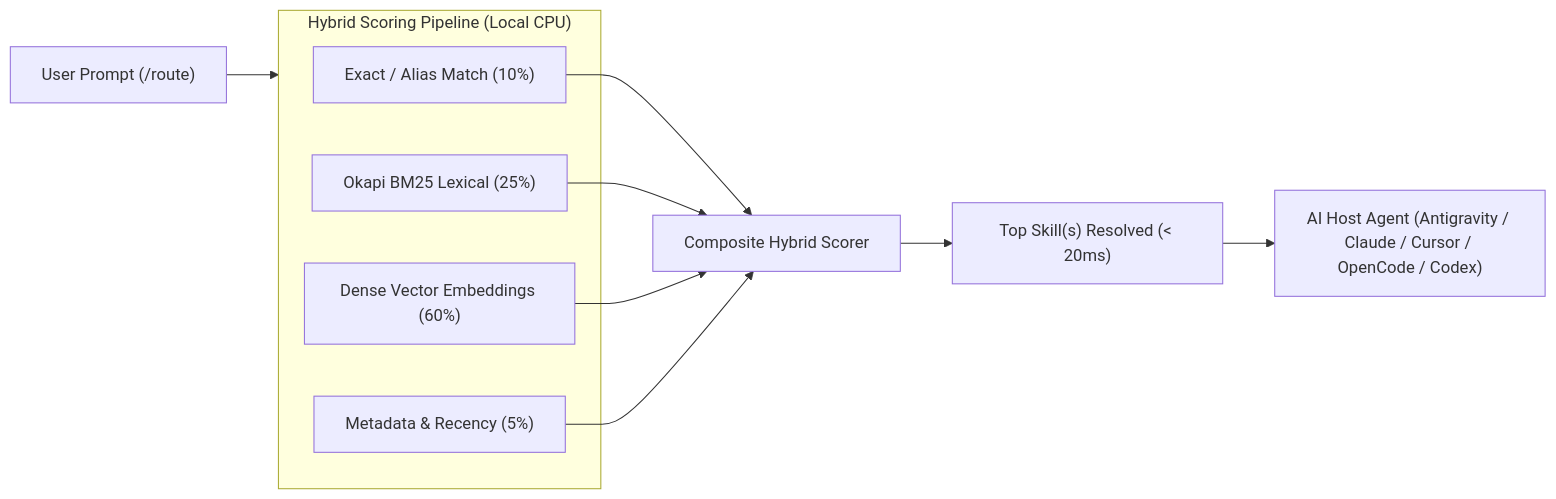
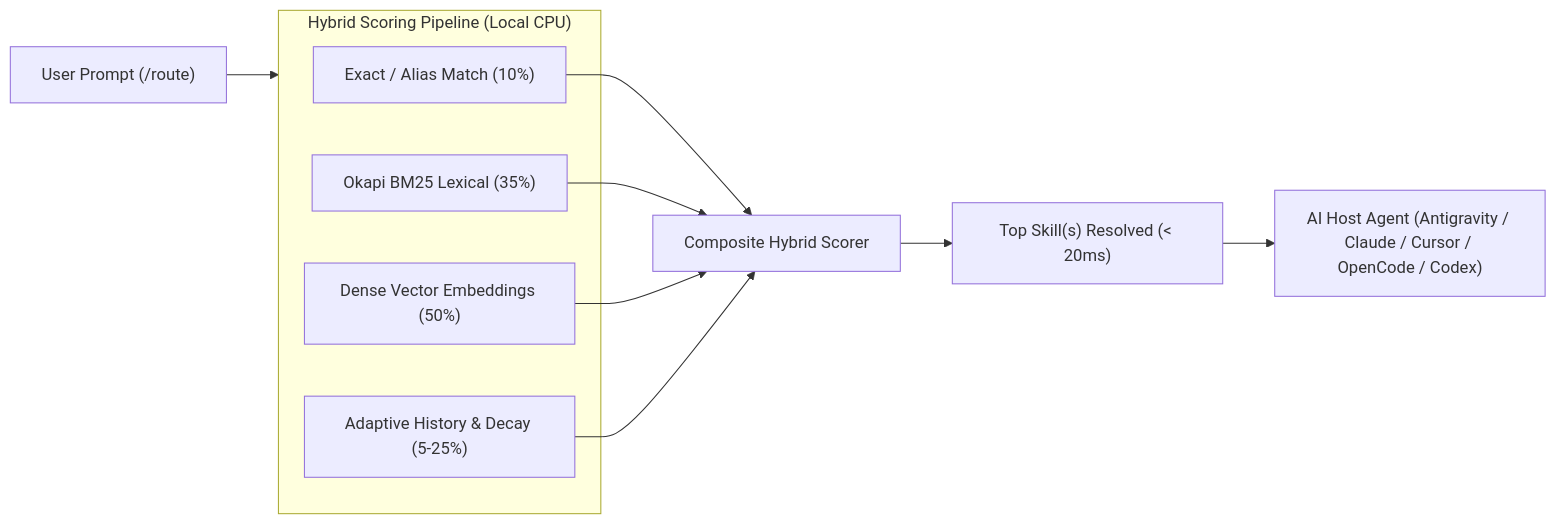
One commit to bshea-1/Routed changed the diagram in README.md. Above: the diagram before and after it, drawn with Mermaid. The commit also changed other lines of this file and 64 other files, not shown here.

Commit message:
feat: release Routed v1.3.0 with adaptive history weighting and recency decay

````diff
--- a/README.md
+++ b/README.md
@@ -51,19 +53,19 @@
 ```mermaid
 flowchart LR
     UserPrompt["User Prompt (/route)"] --> Engine["Routed Core Engine"]
 
     subgraph Engine["Hybrid Scoring Pipeline (Local CPU)"]
         Exact["Exact / Alias Match (10%)"]
-        BM25["Okapi BM25 Lexical (25%)"]
-        Semantic["Dense Vector Embeddings (60%)"]
-        Meta["Metadata & Recency (5%)"]
+        BM25["Okapi BM25 Lexical (35%)"]
+        Semantic["Dense Vector Embeddings (50%)"]
+        Meta["Adaptive History & Decay (5-25%)"]
     end
 
     Exact --> Scorer["Composite Hybrid Scorer"]
     BM25 --> Scorer
     Semantic --> Scorer
     Meta --> Scorer
 
     Scorer --> Selection["Top Skill(s) Resolved (< 20ms)"]
     Selection --> Agent["AI Host Agent (Antigravity / Claude / Cursor / OpenCode / Codex)"]
 ```
````
